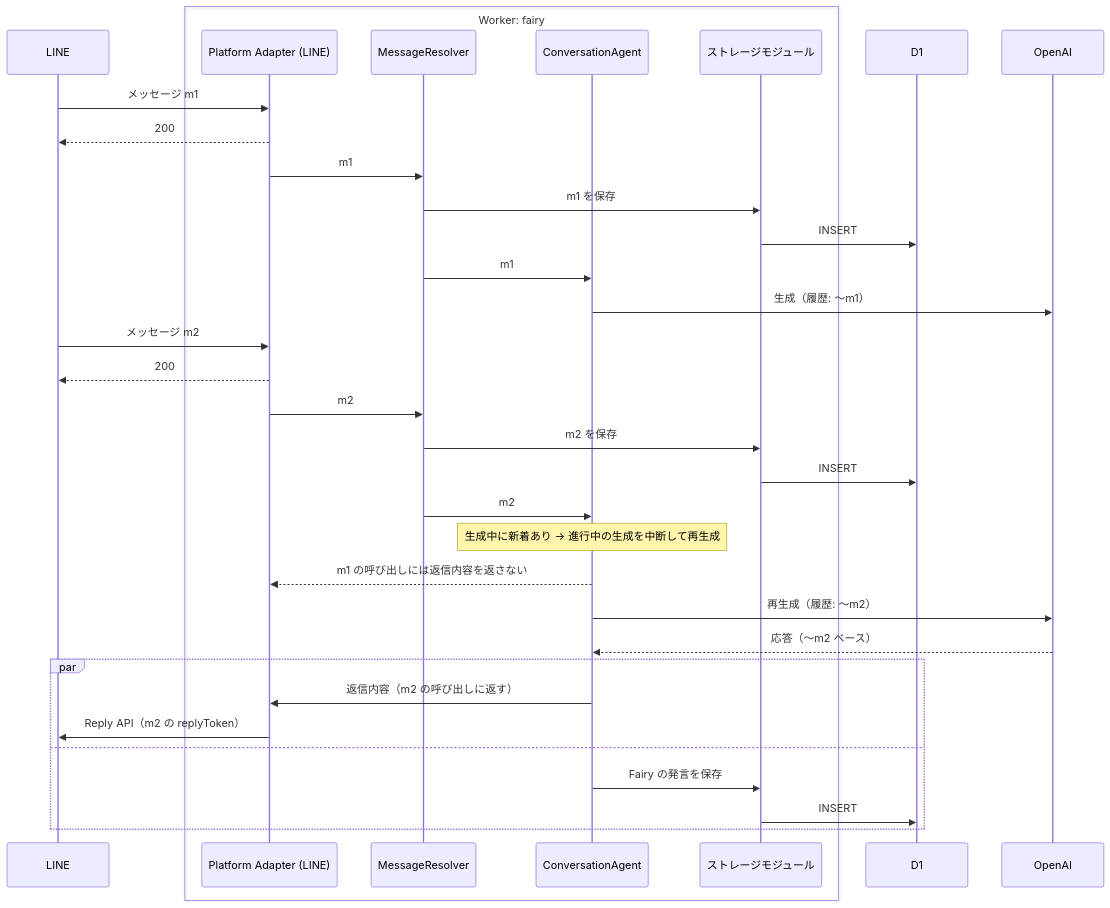
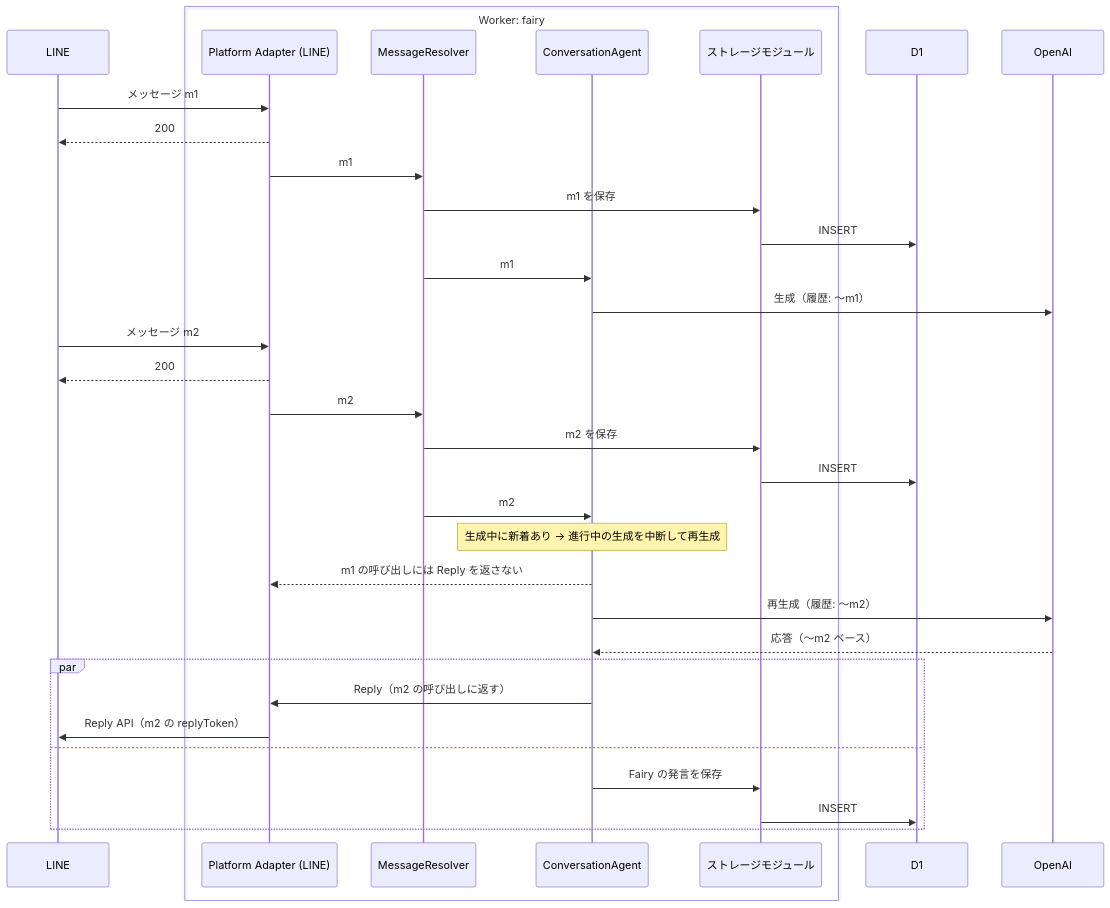
The second of 2 diagrams in docs/phases/phase-1.md (TatsuyaYamamoto/sicaco-quarter-third-street), drawn with Mermaid before and after one commit. The commit also changed other lines of this file and 2 other files, not shown here.

Commit message:
Name the agent output Reply in docs

````diff
--- a/docs/phases/phase-1.md
+++ b/docs/phases/phase-1.md
@@ -140,37 +141,37 @@
 ```mermaid
 sequenceDiagram
     participant L as LINE
     box Worker: fairy
         participant LM as Platform Adapter (LINE)
         participant R as MessageResolver
         participant A as ConversationAgent
         participant S as ストレージモジュール
     end
     participant D as D1
     participant O as OpenAI
 
     L->>LM: メッセージ m1
     LM-->>L: 200
     LM->>R: m1
     R->>S: m1 を保存
     S->>D: INSERT
     R->>A: m1
     A->>O: 生成（履歴: 〜m1）
     L->>LM: メッセージ m2
     LM-->>L: 200
     LM->>R: m2
     R->>S: m2 を保存
     S->>D: INSERT
     R->>A: m2
     Note over A: 生成中に新着あり → 進行中の生成を中断して再生成
-    A-->>LM: m1 の呼び出しには返信内容を返さない
+    A-->>LM: m1 の呼び出しには Reply を返さない
     A->>O: 再生成（履歴: 〜m2）
     O-->>A: 応答（〜m2 ベース）
     par
-        A->>LM: 返信内容（m2 の呼び出しに返す）
+        A->>LM: Reply（m2 の呼び出しに返す）
         LM->>L: Reply API（m2 の replyToken）
     and
         A->>S: Fairy の発言を保存
         S->>D: INSERT
     end
 ```
````
